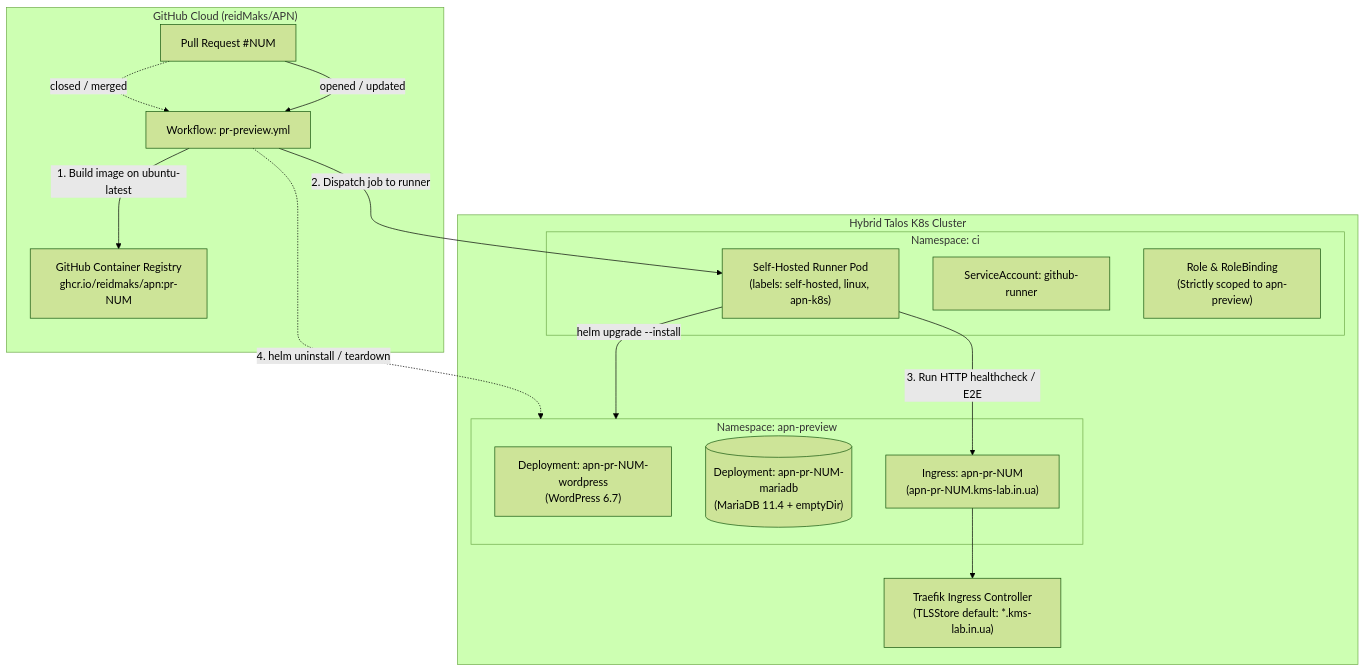
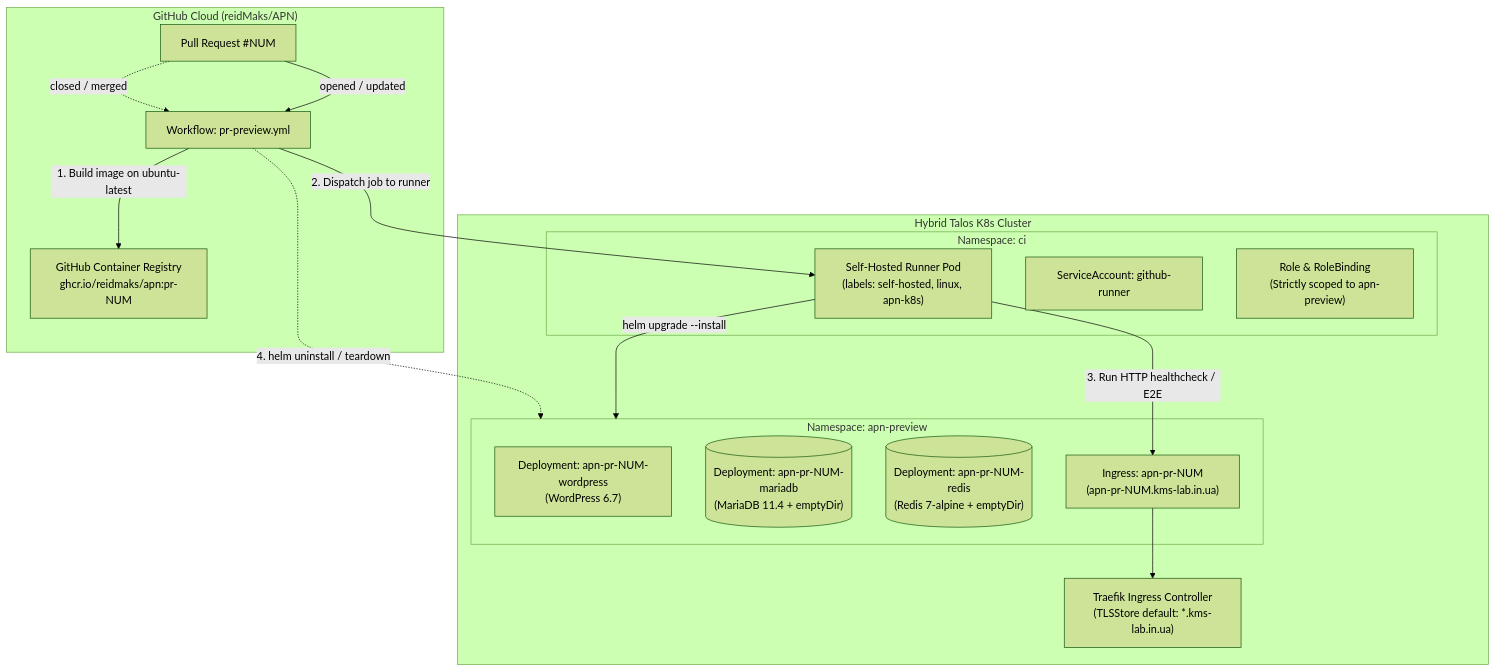
One commit to reidMaks/test changed the diagram in docs/architecture/027-apn-pr-preview-and-ci-runner.md. Above: the diagram before and after it, drawn with Mermaid (forest theme). The commit also changed other lines of this file and 5 other files, not shown here.

Commit message:
feat(apn): add ADR 029 and isolated preview Redis cache tier

````diff
--- a/docs/architecture/027-apn-pr-preview-and-ci-runner.md
+++ b/docs/architecture/027-apn-pr-preview-and-ci-runner.md
@@ -16,33 +16,34 @@
 ```mermaid
 flowchart TD
     subgraph GitHub["GitHub Cloud (reidMaks/APN)"]
         PR["Pull Request #NUM"]
         GH_Workflow["Workflow: pr-preview.yml"]
         GHCR["GitHub Container Registry\nghcr.io/reidmaks/apn:pr-NUM"]
     end
 
     subgraph Cluster["Hybrid Talos K8s Cluster"]
         subgraph CI_NS["Namespace: ci"]
             RunnerPod["Self-Hosted Runner Pod\n(labels: self-hosted, linux, apn-k8s)"]
             RunnerSA["ServiceAccount: github-runner"]
             RBAC["Role & RoleBinding\n(Strictly scoped to apn-preview)"]
         end
 
         subgraph Preview_NS["Namespace: apn-preview"]
             PreviewWP["Deployment: apn-pr-NUM-wordpress\n(WordPress 6.7)"]
             PreviewDB[("Deployment: apn-pr-NUM-mariadb\n(MariaDB 11.4 + emptyDir)")]
+            PreviewRedis[("Deployment: apn-pr-NUM-redis\n(Redis 7-alpine + emptyDir)")]
             PreviewIngress["Ingress: apn-pr-NUM\n(apn-pr-NUM.kms-lab.in.ua)"]
         end
 
         Traefik["Traefik Ingress Controller\n(TLSStore default: *.kms-lab.in.ua)"]
     end
 
     PR -->|opened / updated| GH_Workflow
     GH_Workflow -->|1. Build image on ubuntu-latest| GHCR
     GH_Workflow -->|2. Dispatch job to runner| RunnerPod
     RunnerPod -->|helm upgrade --install| Preview_NS
     PreviewIngress --> Traefik
     RunnerPod -->|3. Run HTTP healthcheck / E2E| PreviewIngress
     PR -.->|closed / merged| GH_Workflow
     GH_Workflow -.->|4. helm uninstall / teardown| Preview_NS
 ```
````
